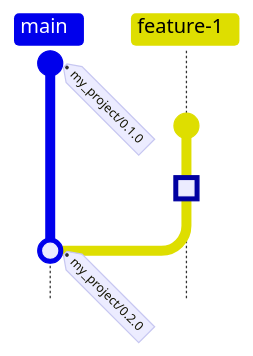
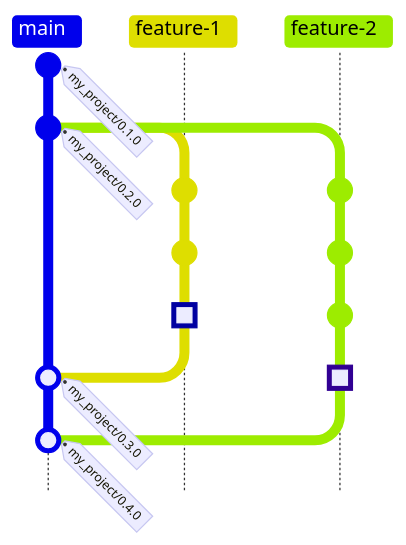
One commit to SimpleDataLabsInc/Onbe_CICD_template changed the diagram in README.md. Above: the diagram before and after it, drawn with Mermaid. Commit ids are hidden.

Commit message:
improve first Git graph

````diff
--- a/README.md
+++ b/README.md
@@ -105,10 +105,28 @@
 ``` mermaid
+---
+config:
+  gitGraph:
+    parallelCommits: true
+    showCommitLabel: false
+---
 gitGraph TB:
+    switch main
     commit tag: "my_project/0.1.0"
-    branch feature-1
-    commit id: "working in Prophecy..."
-    commit id: "working in Prophecy..."
-    commit id: "open a PR; GHA auto-bumps minor version" type: HIGHLIGHT
+    commit tag: "my_project/0.2.0"
+    branch "feature-1"
+    branch "feature-2"
+    checkout "feature-1"
+    commit
+    commit
+    commit type: HIGHLIGHT
+    switch main
+    merge feature-1 tag: "my_project/0.3.0"
+    checkout "feature-2"
+    commit
+    commit
+    commit
+    commit type: HIGHLIGHT
+    switch main
+    merge feature-2 tag: "my_project/0.4.0"
     checkout main
-    merge feature-1 id: "approve the PR to merge; GHA tags the release" tag: "my_project/0.2.0"
 ```
````
